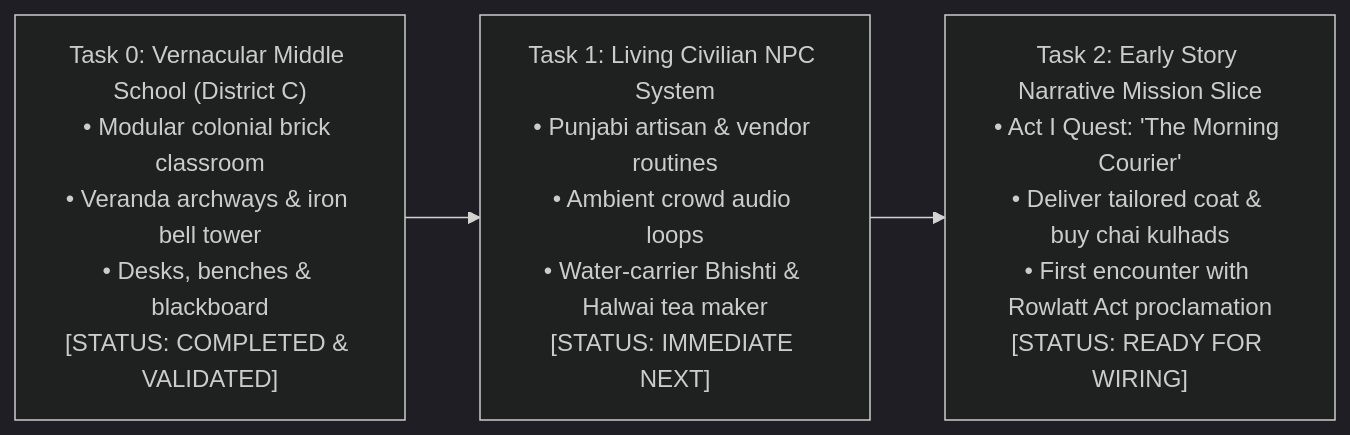
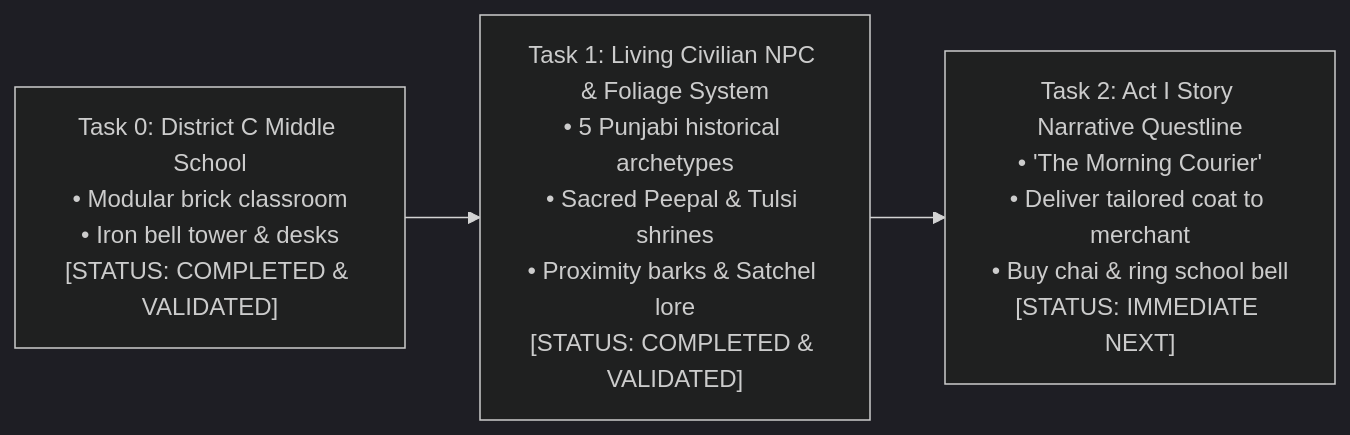
Before and after one commit to npal78229-eng/REVOLUTION-Game: the diagram in Documentation/NEXT_STEPS.md, drawn with Mermaid (dark theme). The commit also changed other lines of this file and 20 other files, not shown here.

Commit message:
feat(npcs-foliage): add 5 Punjabi civilian NPCs, sacred Peepal & Tulsi shrines, and update documentation

````diff
--- a/Documentation/NEXT_STEPS.md
+++ b/Documentation/NEXT_STEPS.md
@@ -12,11 +12,11 @@
 ```mermaid
 flowchart LR
-    Task0["Task 0: Vernacular Middle School (District C)\n• Modular colonial brick classroom\n• Veranda archways & iron bell tower\n• Desks, benches & blackboard\n[STATUS: COMPLETED & VALIDATED]"]
+    Task0["Task 0: District C Middle School\n• Modular brick classroom\n• Iron bell tower & desks\n[STATUS: COMPLETED & VALIDATED]"]
     
-    Task1["Task 1: Living Civilian NPC System\n• Punjabi artisan & vendor routines\n• Ambient crowd audio loops\n• Water-carrier Bhishti & Halwai tea maker\n[STATUS: IMMEDIATE NEXT]"]
+    Task1["Task 1: Living Civilian NPC & Foliage System\n• 5 Punjabi historical archetypes\n• Sacred Peepal & Tulsi shrines\n• Proximity barks & Satchel lore\n[STATUS: COMPLETED & VALIDATED]"]
     
-    Task2["Task 2: Early Story Narrative Mission Slice\n• Act I Quest: 'The Morning Courier'\n• Deliver tailored coat & buy chai kulhads\n• First encounter with Rowlatt Act proclamation\n[STATUS: READY FOR WIRING]"]
+    Task2["Task 2: Act I Story Narrative Questline\n• 'The Morning Courier'\n• Deliver tailored coat to merchant\n• Buy chai & ring school bell\n[STATUS: IMMEDIATE NEXT]"]
 
     Task0 --> Task1
     Task1 --> Task2
 ```
````
